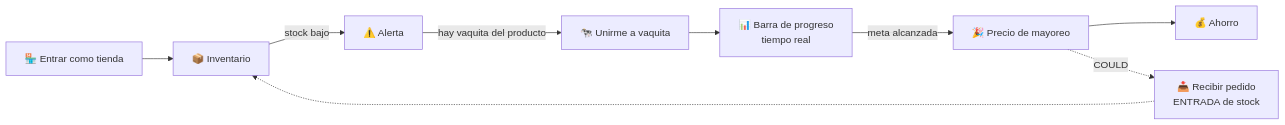
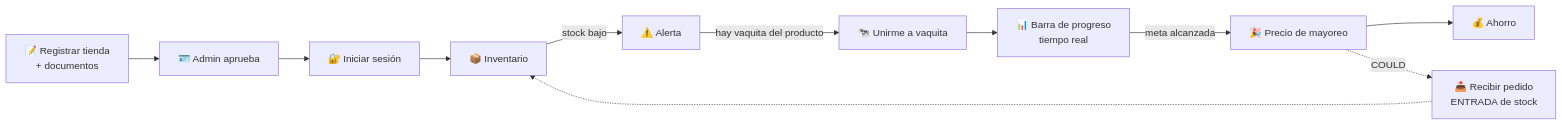
Before and after one commit to AlcortDev/Reyes-3---HackaPony: the first of 13 diagrams in docs/SRS.md, drawn with Mermaid. The commit also changed other lines of this file and 3 other files, not shown here.

````diff
--- a/docs/SRS.md
+++ b/docs/SRS.md
@@ -82,11 +88,13 @@
 ```mermaid
 flowchart LR
-    A["🏪 Entrar como tienda"] --> B["📦 Inventario"]
+    R["📝 Registrar tienda<br/>+ documentos"] --> V["🪪 Admin aprueba"]
+    V --> A["🔐 Iniciar sesión"]
+    A --> B["📦 Inventario"]
     B -->|"stock bajo"| C["⚠️ Alerta"]
     C -->|"hay vaquita del producto"| D["🐄 Unirme a vaquita"]
     D --> E["📊 Barra de progreso<br/>tiempo real"]
     E -->|"meta alcanzada"| F["🎉 Precio de mayoreo"]
     F --> G["💰 Ahorro"]
     F -.->|"COULD"| H["📥 Recibir pedido<br/>ENTRADA de stock"]
     H -.-> B
 ```
````
